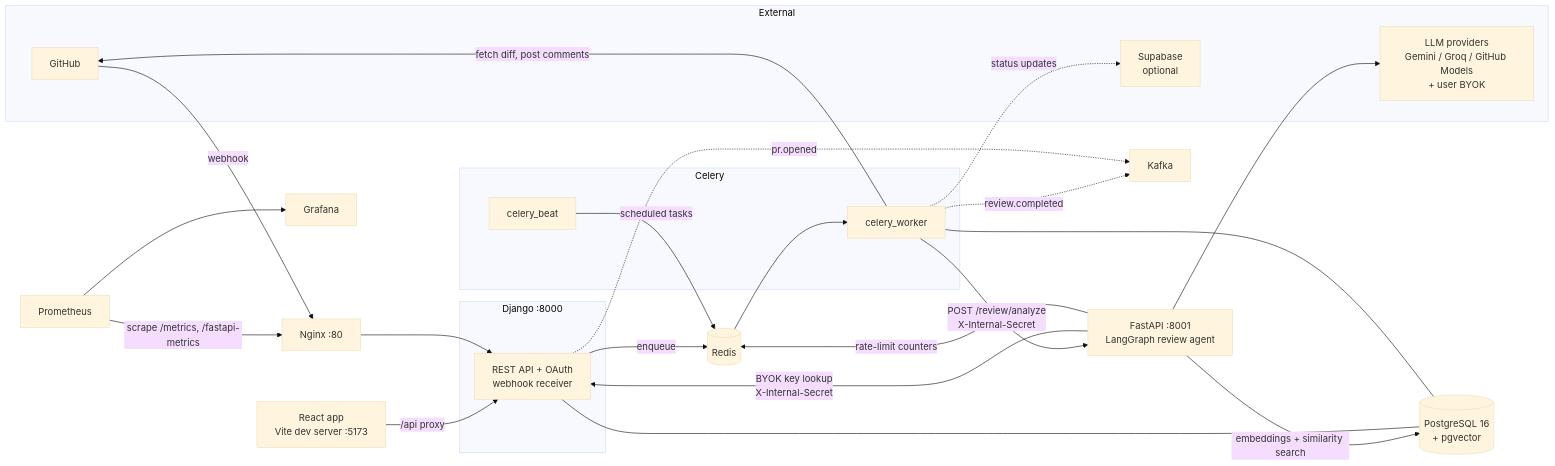
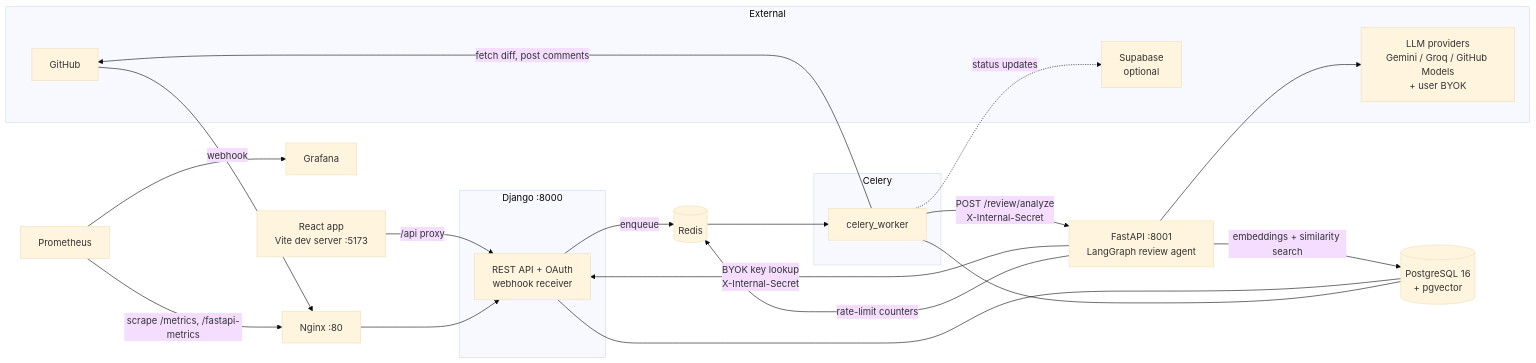
The diagram in README.md (muhammedsiinanmp/Devmind), drawn with Mermaid (base theme) before and after one commit. The commit also changed other lines of this file and 3 other files, not shown here.

````diff
--- a/README.md
+++ b/README.md
@@ -17,45 +17,40 @@
 ```mermaid
 flowchart LR
     subgraph External
         GH[GitHub]
         LLM[LLM providers<br/>Gemini / Groq / GitHub Models<br/>+ user BYOK]
         SB[Supabase<br/>optional]
     end
 
     FE[React app<br/>Vite dev server :5173]
     NGX[Nginx :80]
 
     subgraph Django["Django :8000"]
         API[REST API + OAuth<br/>webhook receiver]
     end
 
     subgraph Workers["Celery"]
         CW[celery_worker]
-        CB[celery_beat]
     end
 
     FA[FastAPI :8001<br/>LangGraph review agent]
 
     PG[(PostgreSQL 16<br/>+ pgvector)]
     RD[(Redis)]
-    KF[Kafka]
     PR[Prometheus] --> GR[Grafana]
 
     FE -->|/api proxy| API
     GH -->|webhook| NGX --> API
     API -->|enqueue| RD
     RD --> CW
-    CB -->|scheduled tasks| RD
     CW -->|fetch diff, post comments| GH
     CW -->|POST /review/analyze<br/>X-Internal-Secret| FA
     FA -->|BYOK key lookup<br/>X-Internal-Secret| API
     FA --> LLM
     FA -->|embeddings + similarity search| PG
     FA -->|rate-limit counters| RD
     API --- PG
     CW --- PG
-    CW -.->|review.completed| KF
-    API -.->|pr.opened| KF
     CW -.->|status updates| SB
     PR -->|scrape /metrics, /fastapi-metrics| NGX
 ```
````
